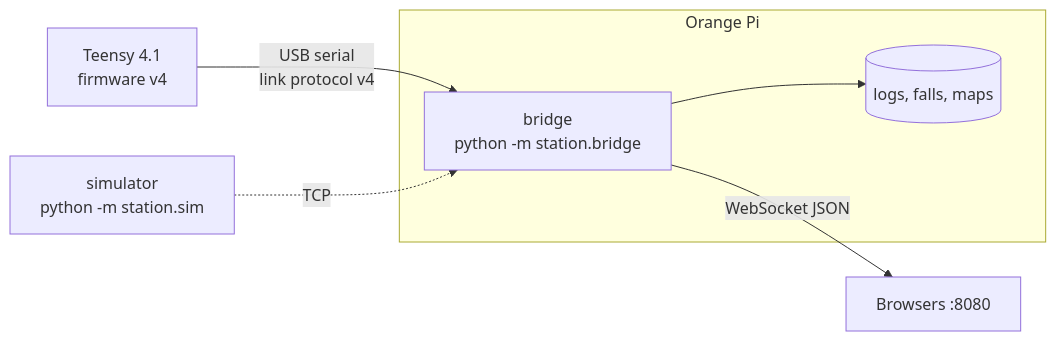
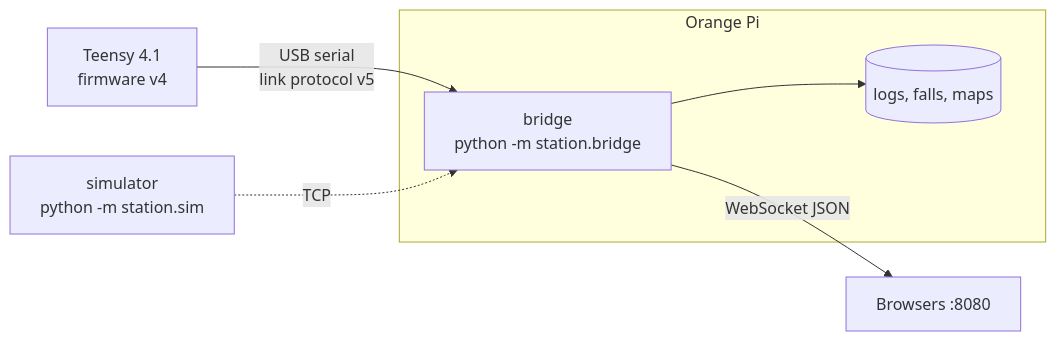
The first of 2 diagrams in station/README.md (nespotts/self_balancing_robot_3), drawn with Mermaid before and after one commit. The commit also changed 20 other files, not shown here.

````diff
--- a/station/README.md
+++ b/station/README.md
@@ -5,9 +5,9 @@
 ```mermaid
 flowchart LR
-  T[Teensy 4.1<br>firmware v4] -- "USB serial<br>link protocol v4" --> B
+  T[Teensy 4.1<br>firmware v4] -- "USB serial<br>link protocol v5" --> B
   subgraph Pi[Orange Pi]
     B[bridge<br>python -m station.bridge] --> L[(logs, falls, maps)]
   end
   B -- "WebSocket JSON" --> W[Browsers :8080]
   S[simulator<br>python -m station.sim] -. "TCP" .-> B
 ```
````
